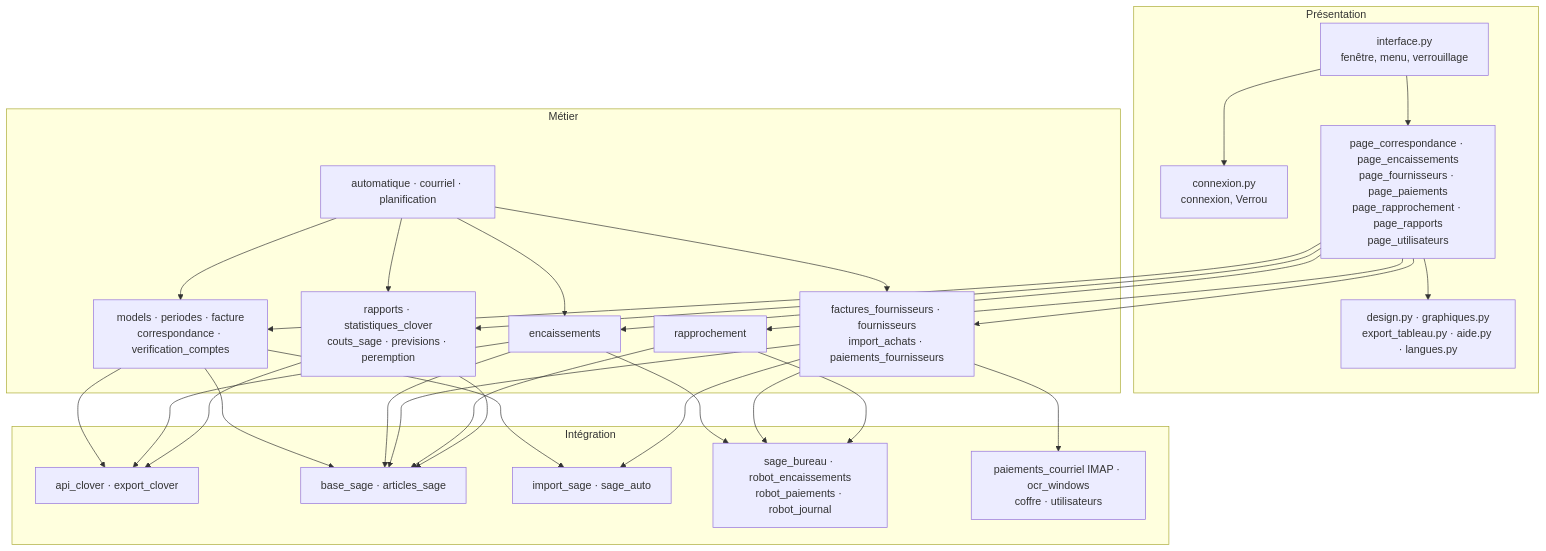
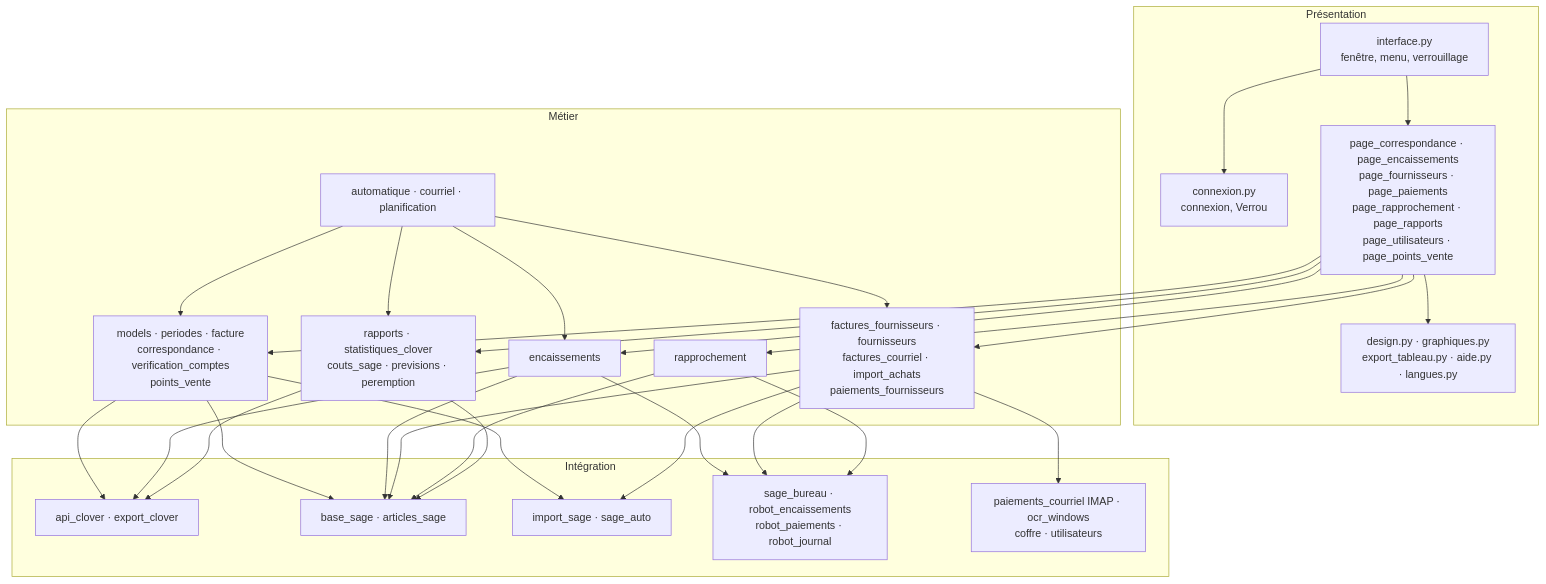
One commit to mteingueng-dot/MVOGMBI_Sync_2026.1 changed the second of 13 diagrams in ARCHITECTURE.md. Above: the diagram before and after it, drawn with Mermaid. The commit also changed other lines of this file and 32 other files, not shown here.

First line of the commit message:
Points de vente multiples, factures fournisseurs par courriel, archivage des factures déjà dans Sage, filtre de dates page 9 et enregistrement automatique page 8 (versions 1.9.30 à 1.12.2)

````diff
--- a/ARCHITECTURE.md
+++ b/ARCHITECTURE.md
@@ -85,33 +85,33 @@
 ```mermaid
 flowchart TB
     subgraph Présentation
         interface["interface.py<br/>fenêtre, menu, verrouillage"]
         connexion["connexion.py<br/>connexion, Verrou"]
-        pages["page_correspondance · page_encaissements<br/>page_fournisseurs · page_paiements<br/>page_rapprochement · page_rapports<br/>page_utilisateurs"]
+        pages["page_correspondance · page_encaissements<br/>page_fournisseurs · page_paiements<br/>page_rapprochement · page_rapports<br/>page_utilisateurs · page_points_vente"]
         design["design.py · graphiques.py<br/>export_tableau.py · aide.py · langues.py"]
     end
     subgraph Métier
-        ventes["models · periodes · facture<br/>correspondance · verification_comptes"]
+        ventes["models · periodes · facture<br/>correspondance · verification_comptes<br/>points_vente"]
         enc["encaissements"]
-        four["factures_fournisseurs · fournisseurs<br/>import_achats · paiements_fournisseurs"]
+        four["factures_fournisseurs · fournisseurs<br/>factures_courriel · import_achats<br/>paiements_fournisseurs"]
         rap["rapprochement"]
         stats["rapports · statistiques_clover<br/>couts_sage · previsions · peremption"]
         nuit["automatique · courriel · planification"]
     end
     subgraph Intégration
         clover["api_clover · export_clover"]
         sagel["base_sage · articles_sage"]
         sagei["import_sage · sage_auto"]
         robots["sage_bureau · robot_encaissements<br/>robot_paiements · robot_journal"]
         autres["paiements_courriel IMAP · ocr_windows<br/>coffre · utilisateurs"]
     end
     interface --> connexion
     interface --> pages --> design
     pages --> ventes & enc & four & rap & stats
     nuit --> ventes & enc & four & stats
     ventes --> clover & sagel & sagei
     enc --> clover & sagel & robots
     four --> sagel & sagei & robots & autres
     rap --> sagel & robots
     stats --> clover & sagel
 ```
````
